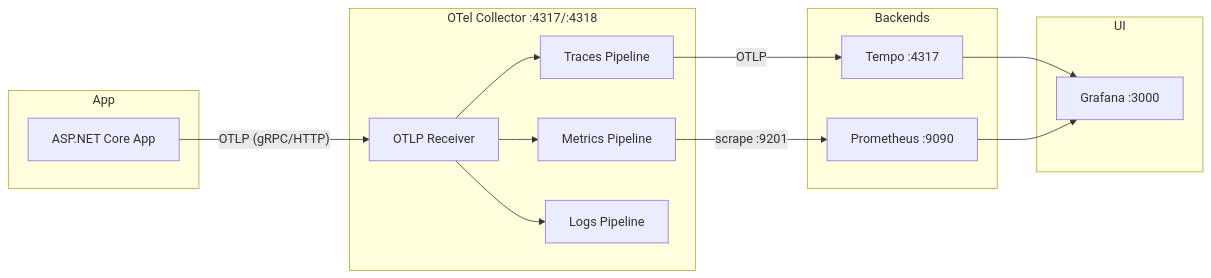
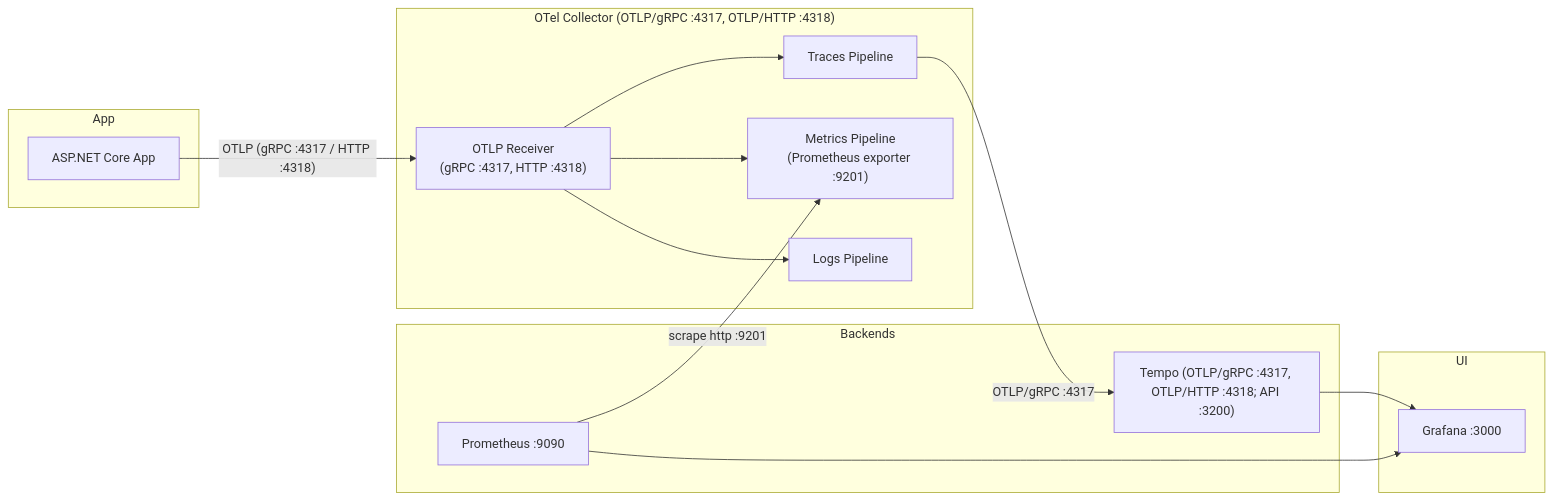
The diagram in examples/AspNetCore/README.md (kzikit/opentelemetry-dotnet), drawn with Mermaid before and after one commit.

Commit message:
clear ports

````diff
--- a/examples/AspNetCore/README.md
+++ b/examples/AspNetCore/README.md
@@ -18,33 +18,33 @@
 ```mermaid
 flowchart LR
     subgraph App
         AspNetCore["ASP.NET Core App"]
     end
 
-    subgraph Collector["OTel Collector :4317/:4318"]
-        OTLP_Receiver["OTLP Receiver"]
+    subgraph Collector["OTel Collector (OTLP/gRPC :4317, OTLP/HTTP :4318)"]
+        OTLP_Receiver["OTLP Receiver<br/>(gRPC :4317, HTTP :4318)"]
         Traces_Pipeline["Traces Pipeline"]
-        Metrics_Pipeline["Metrics Pipeline"]
+        Metrics_Pipeline["Metrics Pipeline<br/>(Prometheus exporter :9201)"]
         Logs_Pipeline["Logs Pipeline"]
     end
 
     subgraph Backends
-        Tempo["Tempo :4317"]
+        Tempo["Tempo (OTLP/gRPC :4317, OTLP/HTTP :4318; API :3200)"]
         Prometheus["Prometheus :9090"]
     end
 
     subgraph UI
         Grafana["Grafana :3000"]
     end
 
-    AspNetCore -->|"OTLP (gRPC/HTTP)"| OTLP_Receiver
+    AspNetCore -->|"OTLP (gRPC :4317 / HTTP :4318)"| OTLP_Receiver
     OTLP_Receiver --> Traces_Pipeline
     OTLP_Receiver --> Metrics_Pipeline
     OTLP_Receiver --> Logs_Pipeline
 
-    Traces_Pipeline -->|"OTLP"| Tempo
-    Metrics_Pipeline -->|"scrape :9201"| Prometheus
+    Traces_Pipeline -->|"OTLP/gRPC :4317"| Tempo
+    Prometheus -->|"scrape http :9201"| Metrics_Pipeline
 
     Tempo --> Grafana
     Prometheus --> Grafana
 ```
````
